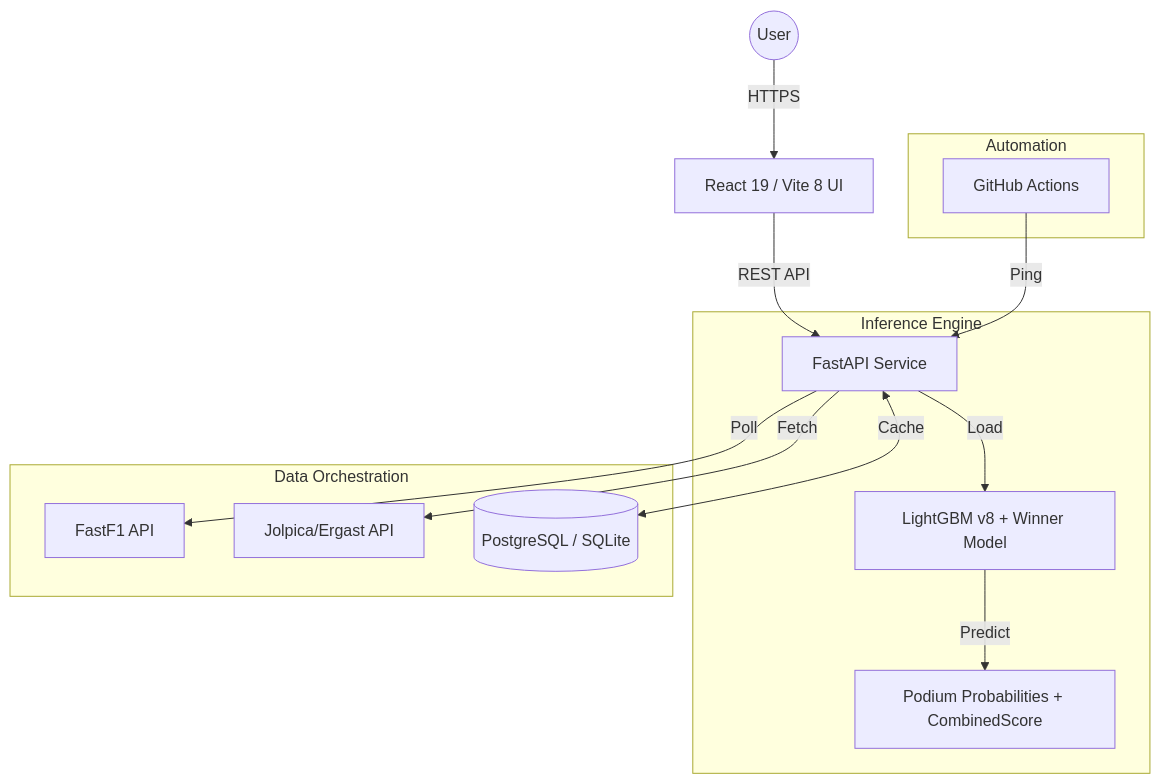
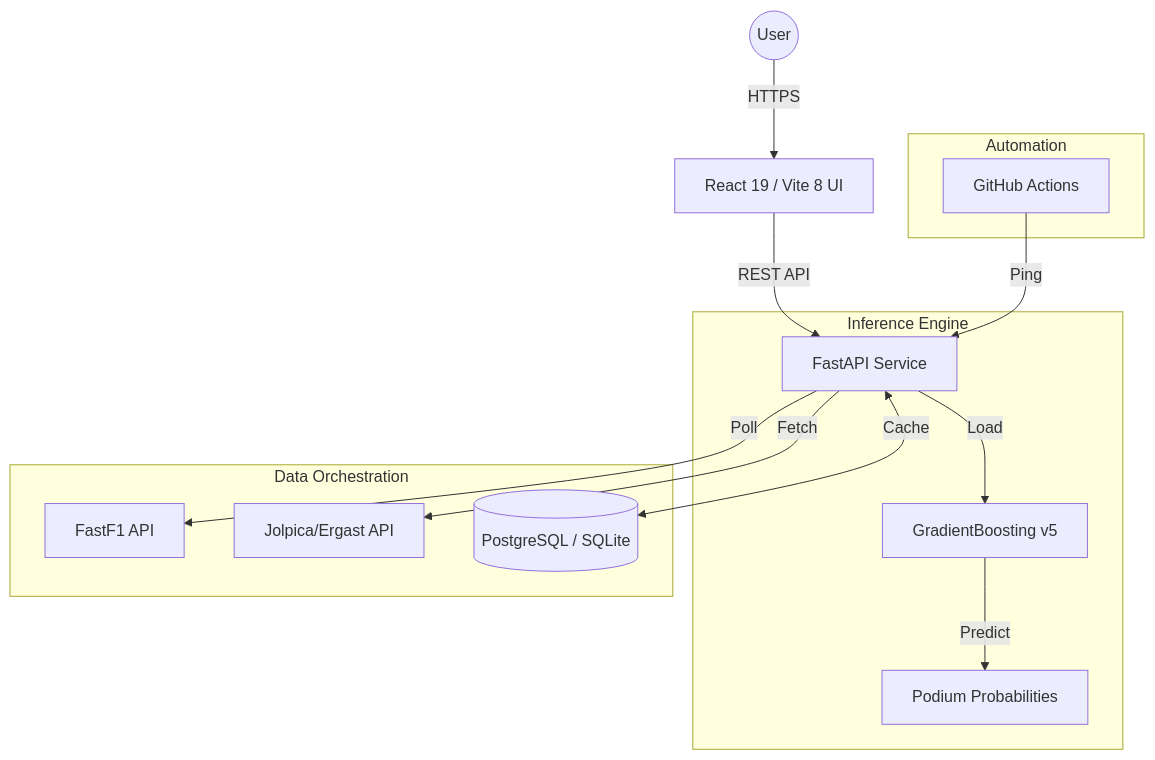
The diagram in README.md (AakashVijeta/f1-podium-predictor), drawn with Mermaid before and after one commit. The commit also changed other lines of this file and 9 other files, not shown here.

````diff
--- a/README.md
+++ b/README.md
@@ -29,20 +29,20 @@
 ```mermaid
 graph TD
     User((User)) -->|HTTPS| Frontend[React 19 / Vite 8 UI]
     Frontend -->|REST API| Backend[FastAPI Service]
     
     subgraph "Inference Engine"
-        Backend -->|Load| Model[LightGBM v8 + Winner Model]
-        Model -->|Predict| Probs[Podium Probabilities + CombinedScore]
+        Backend -->|Load| Model[GradientBoosting v5]
+        Model -->|Predict| Probs[Podium Probabilities]
     end
 
     subgraph "Data Orchestration"
         Backend -->|Poll| FastF1[FastF1 API]
         Backend -->|Fetch| Jolpica[Jolpica/Ergast API]
         Backend <-->|Cache| DB[(PostgreSQL / SQLite)]
     end
 
     subgraph "Automation"
         GHA[GitHub Actions] -->|Ping| Backend
     end
 ```
````
